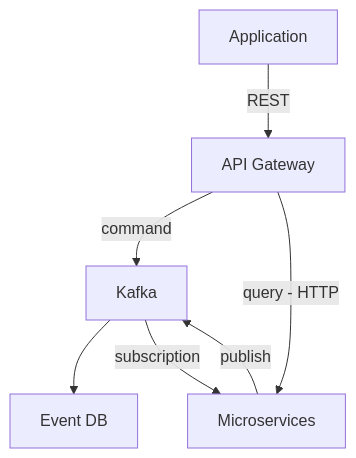
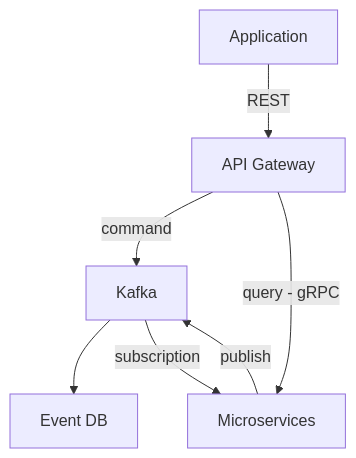
One commit to earelin/tenda changed the diagram in README.md. Above: the diagram before and after it, drawn with Mermaid.

Commit message:
Updating architecture

````diff
--- a/README.md
+++ b/README.md
@@ -5,9 +5,9 @@
 ```mermaid
 flowchart TD 
     A[API Gateway] -->|command| B[Kafka]
     B --> D[Event DB]
-    A -->|query - HTTP| C[Microservices]
+    A -->|query - gRPC| C[Microservices]
     B -->|subscription| C
     C -->|publish| B
     E[Application] -->|REST| A
 ```
````
